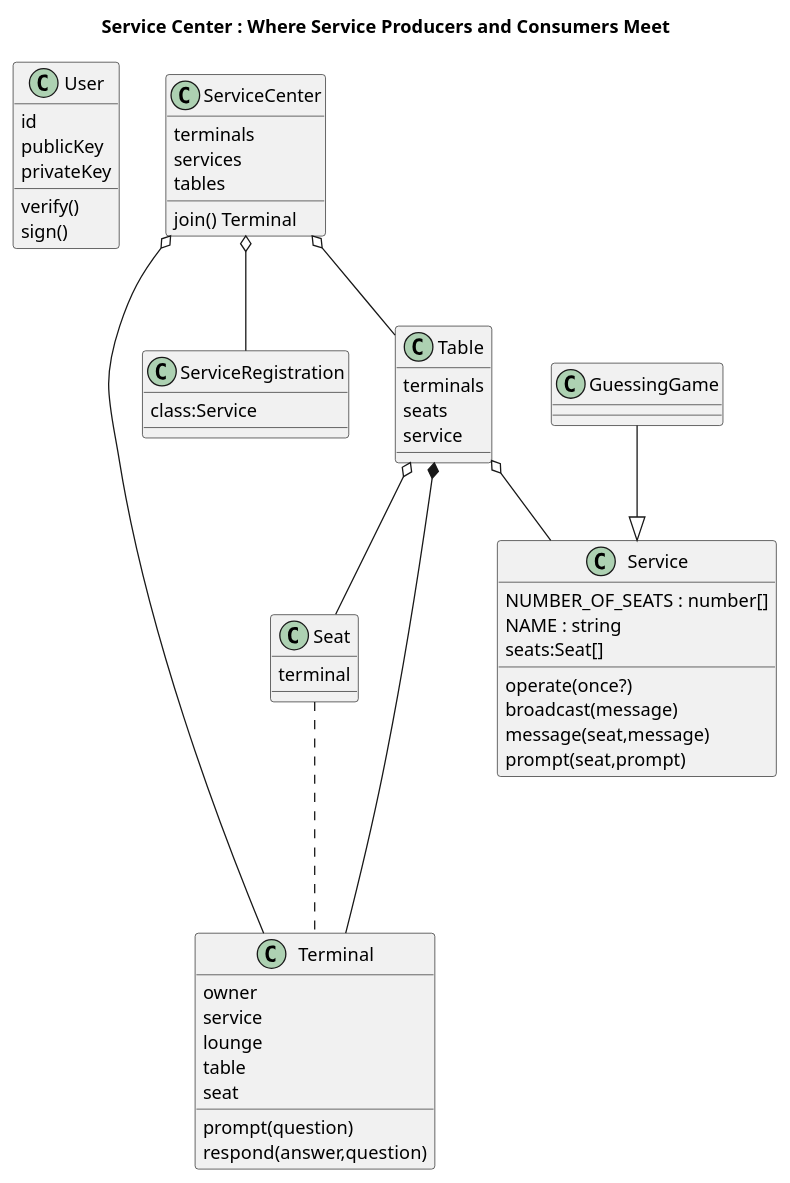
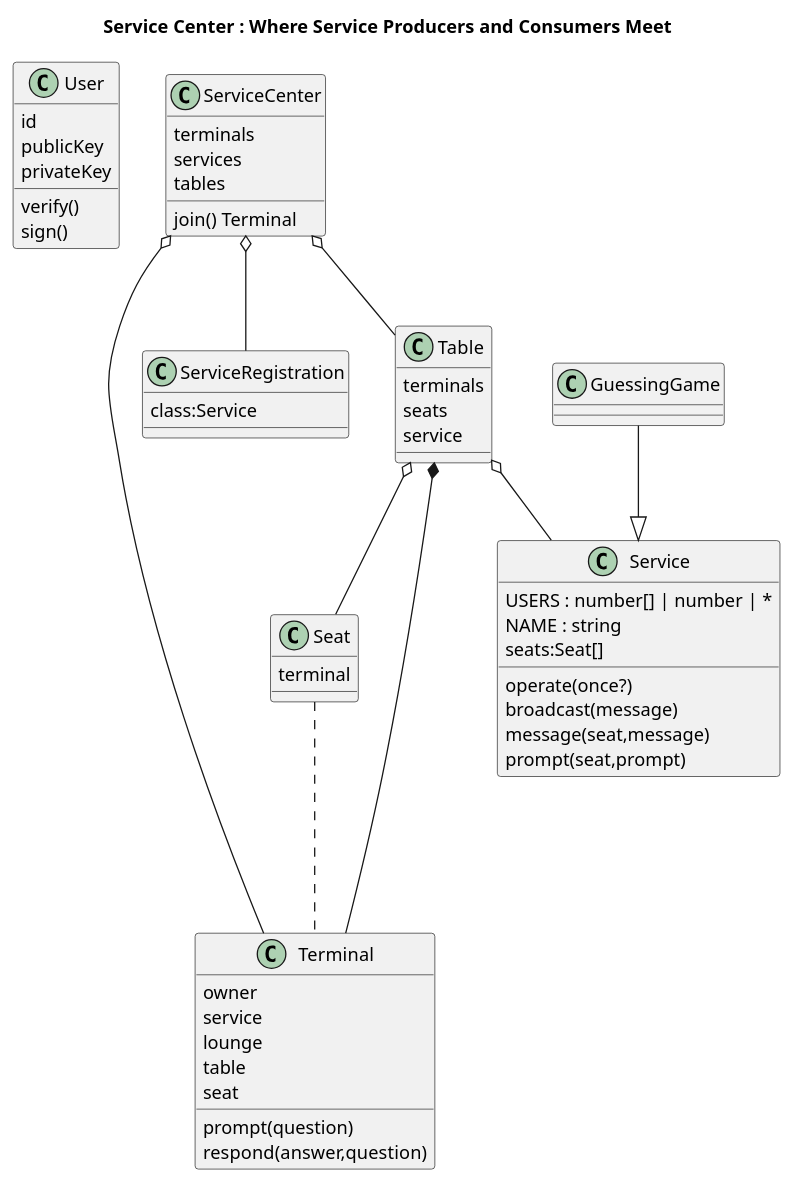
Before and after one commit to hawryschuk/terminals: the second of 4 diagrams in README.md, drawn with PlantUML. The commit also changed other lines of this file and 18 other files, not shown here.

````diff
--- a/README.md
+++ b/README.md
@@ -67,67 +68,67 @@
 ```plantuml
 @startuml
     title Service Center : Where Service Producers and Consumers Meet
     class User {
         id
         publicKey
         privateKey
         verify()
         sign()
     }
 
     class ServiceCenter {
         terminals
         services
         tables
         join() Terminal
     }
 
     class Service {
-        NUMBER_OF_SEATS : number[]
+        USERS : number[] | number | *
         NAME : string
         seats:Seat[]
 
         operate(once?)
         broadcast(message)
         message(seat,message)
         prompt(seat,prompt)
     }
 
     class Table {
         terminals
         seats
         service
     }
 
     class Seat {
         terminal        
     }
 
     class Terminal {
         owner
         service
         lounge
         table
         seat
         prompt(question)
         respond(answer,question)
     }
 
     class ServiceRegistration {
         class:Service
     }
     
     GuessingGame --|> Service
 
     ServiceCenter o-- Terminal
     ServiceCenter o-- Table
     ServiceCenter o-- ServiceRegistration
 
     Table *-- Terminal
     Table o-- Seat
     Table o-- Service
 
     Seat -.- Terminal
 @enduml
 
 ```
````
